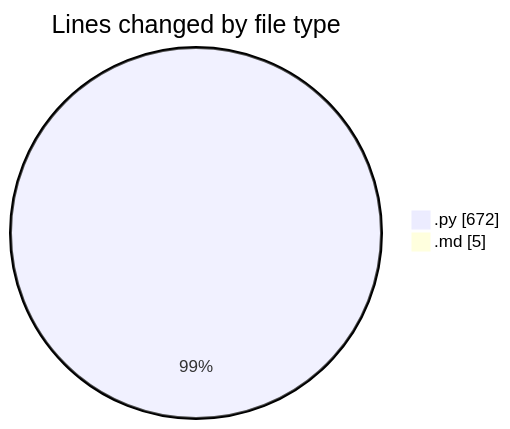
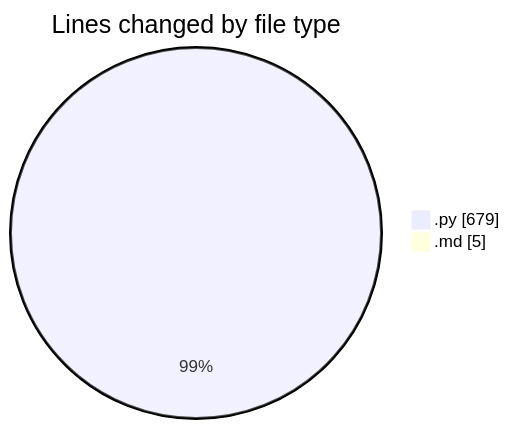
One commit to Ritupan-Deka/code-tracking changed the first of 2 diagrams in 2026-01-10/dsa/README.md. Above: the diagram before and after it, drawn with Mermaid. The commit also changed other lines of this file and 1 other file, not shown here.

````diff
--- a/2026-01-10/dsa/README.md
+++ b/2026-01-10/dsa/README.md
@@ -21,6 +21,6 @@
 ```mermaid
 pie showData
 title Lines changed by file type
-".py" : 672
+".py" : 679
 ".md" : 5
 ```
````
